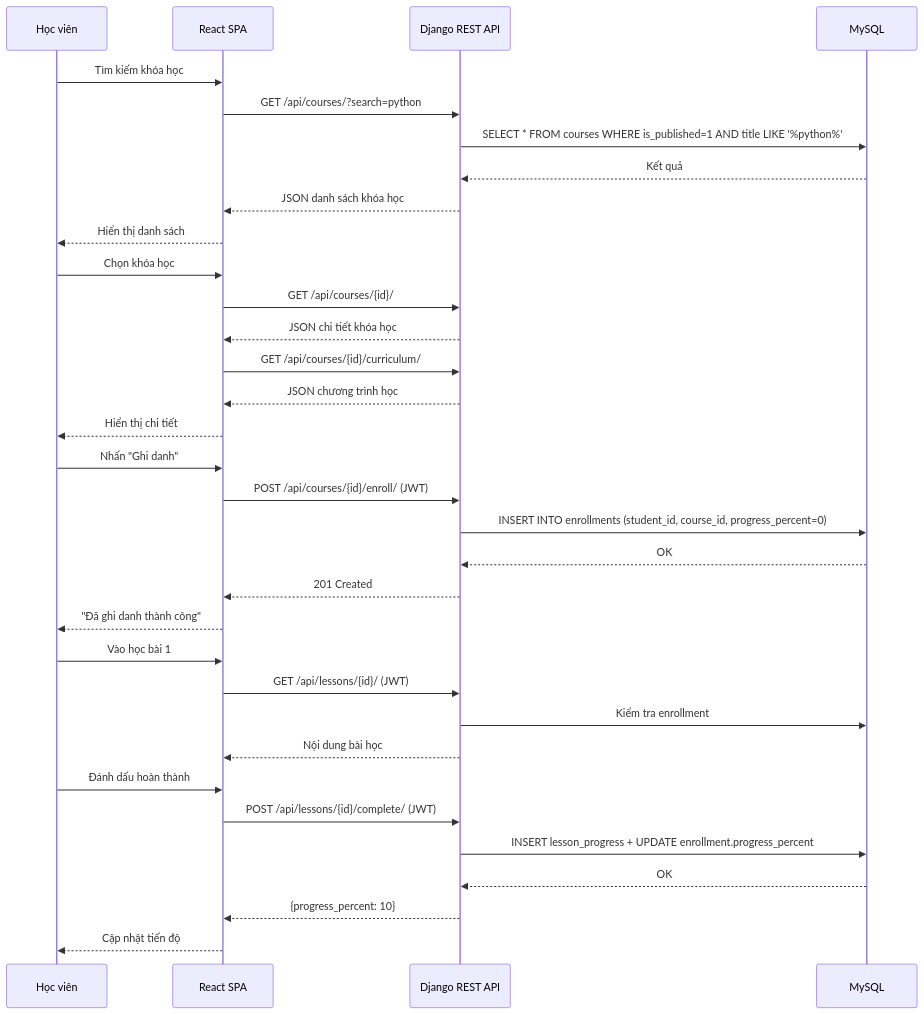
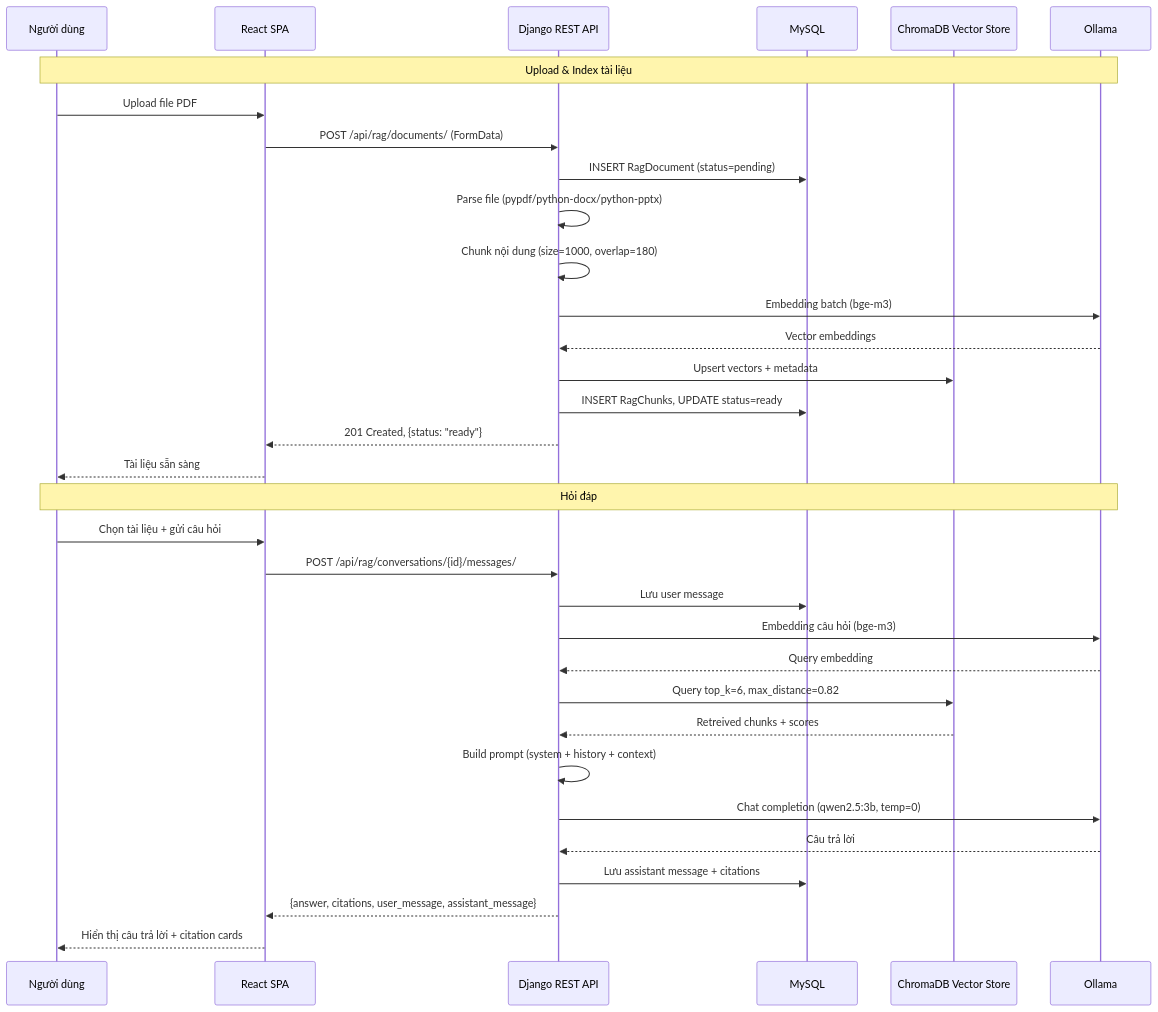
One commit to chienvoxn/LMS_DJANGO changed the fourth of 8 diagrams in Description.md. Above: the diagram before and after it, drawn with Mermaid. The commit also changed other lines of this file and 1 other file, not shown here.

````diff
--- a/Description.md
+++ b/Description.md
@@ -1215,40 +1609,37 @@
 ```mermaid
 sequenceDiagram
-    participant Student as Học viên
+    participant User as Người dùng
     participant Frontend as React SPA
     participant API as Django REST API
-    participant DB as MySQL
+    participant MySQL
+    participant ChromaDB as ChromaDB Vector Store
+    participant Ollama
 
-    Student->>Frontend: Tìm kiếm khóa học
-    Frontend->>API: GET /api/courses/?search=python
-    API->>DB: SELECT * FROM courses WHERE is_published=1 AND title LIKE '%python%'
-    DB-->>API: Kết quả
-    API-->>Frontend: JSON danh sách khóa học
-    Frontend-->>Student: Hiển thị danh sách
+    Note over User,Ollama: Upload & Index tài liệu
+    User->>Frontend: Upload file PDF
+    Frontend->>API: POST /api/rag/documents/ (FormData)
+    API->>MySQL: INSERT RagDocument (status=pending)
+    API->>API: Parse file (pypdf/python-docx/python-pptx)
+    API->>API: Chunk nội dung (size=1000, overlap=180)
+    API->>Ollama: Embedding batch (bge-m3)
+    Ollama-->>API: Vector embeddings
+    API->>ChromaDB: Upsert vectors + metadata
+    API->>MySQL: INSERT RagChunks, UPDATE status=ready
+    API-->>Frontend: 201 Created, {status: "ready"}
+    Frontend-->>User: Tài liệu sẵn sàng
 
-    Student->>Frontend: Chọn khóa học
-    Frontend->>API: GET /api/courses/{id}/
-    API-->>Frontend: JSON chi tiết khóa học
-    Frontend->>API: GET /api/courses/{id}/curriculum/
-    API-->>Frontend: JSON chương trình học
-    Frontend-->>Student: Hiển thị chi tiết
-
-    Student->>Frontend: Nhấn "Ghi danh"
-    Frontend->>API: POST /api/courses/{id}/enroll/ (JWT)
-    API->>DB: INSERT INTO enrollments (student_id, course_id, progress_percent=0)
-    DB-->>API: OK
-    API-->>Frontend: 201 Created
-    Frontend-->>Student: "Đã ghi danh thành công"
-
-    Student->>Frontend: Vào học bài 1
-    Frontend->>API: GET /api/lessons/{id}/ (JWT)
-    API->>DB: Kiểm tra enrollment
-    API-->>Frontend: Nội dung bài học
-
-    Student->>Frontend: Đánh dấu hoàn thành
-    Frontend->>API: POST /api/lessons/{id}/complete/ (JWT)
-    API->>DB: INSERT lesson_progress + UPDATE enrollment.progress_percent
-    DB-->>API: OK
-    API-->>Frontend: {progress_percent: 10}
-    Frontend-->>Student: Cập nhật tiến độ
+    Note over User,Ollama: Hỏi đáp
+    User->>Frontend: Chọn tài liệu + gửi câu hỏi
+    Frontend->>API: POST /api/rag/conversations/{id}/messages/
+    API->>MySQL: Lưu user message
+    API->>Ollama: Embedding câu hỏi (bge-m3)
+    Ollama-->>API: Query embedding
+    API->>ChromaDB: Query top_k=6, max_distance=0.82
+    ChromaDB-->>API: Retreived chunks + scores
+    API->>API: Build prompt (system + history + context)
+    API->>Ollama: Chat completion (qwen2.5:3b, temp=0)
+    Ollama-->>API: Câu trả lời
+    API->>MySQL: Lưu assistant message + citations
+    API-->>Frontend: {answer, citations, user_message, assistant_message}
+    Frontend-->>User: Hiển thị câu trả lời + citation cards
 ```
````
